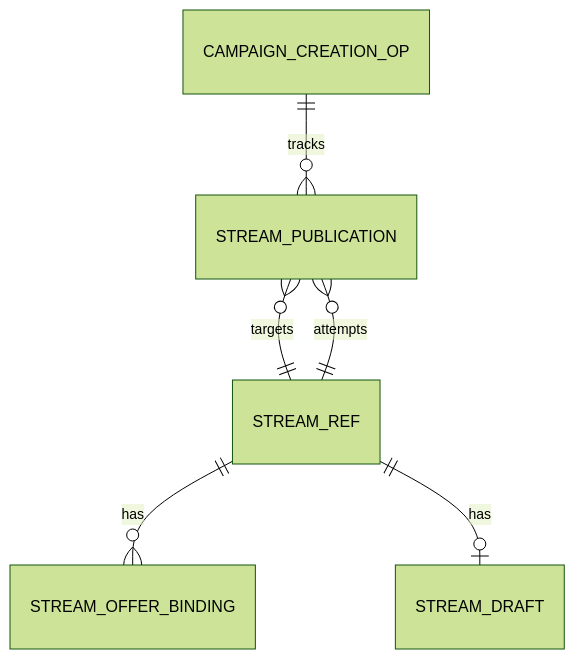
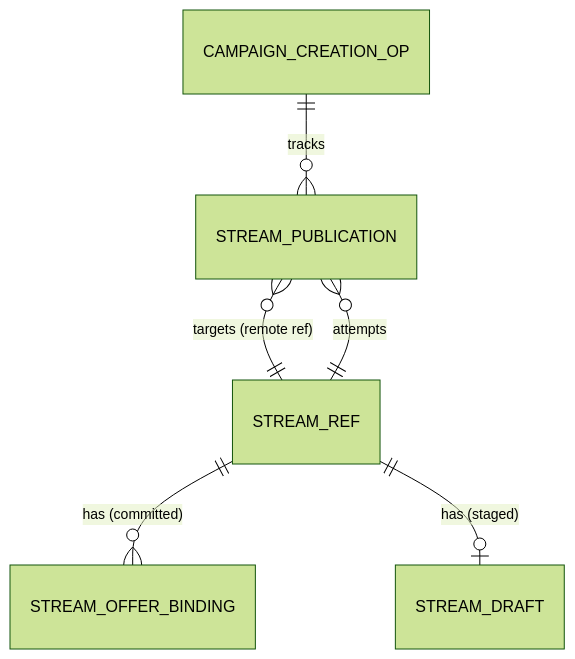
One commit to zaebee/keitaro-wrap changed the diagram in docs/architecture/persistence.md. Above: the diagram before and after it, drawn with Mermaid (forest theme). The commit also changed other lines of this file, not shown here.

Commit message:
docs: normalize persistence model (no deliberation, all staged changes, conflicts, recovery)

````diff
--- a/docs/architecture/persistence.md
+++ b/docs/architecture/persistence.md
@@ -17,8 +13,8 @@
 ```mermaid
 erDiagram
-  CAMPAIGN_CREATION_OP ||--o{ STREAM_PUBLICATION : tracks
-  STREAM_PUBLICATION }o--|| STREAM_REF : targets
-  STREAM_REF ||--o{ STREAM_OFFER_BINDING : has
-  STREAM_REF ||--o| STREAM_DRAFT : has
-  STREAM_REF ||--o{ STREAM_PUBLICATION : attempts
+  CAMPAIGN_CREATION_OP ||--o{ STREAM_PUBLICATION : "tracks"
+  STREAM_PUBLICATION }o--|| STREAM_REF : "targets (remote ref)"
+  STREAM_REF ||--o{ STREAM_OFFER_BINDING : "has (committed)"
+  STREAM_REF ||--o| STREAM_DRAFT : "has (staged)"
+  STREAM_REF ||--o{ STREAM_PUBLICATION : "attempts"
 ```
````
